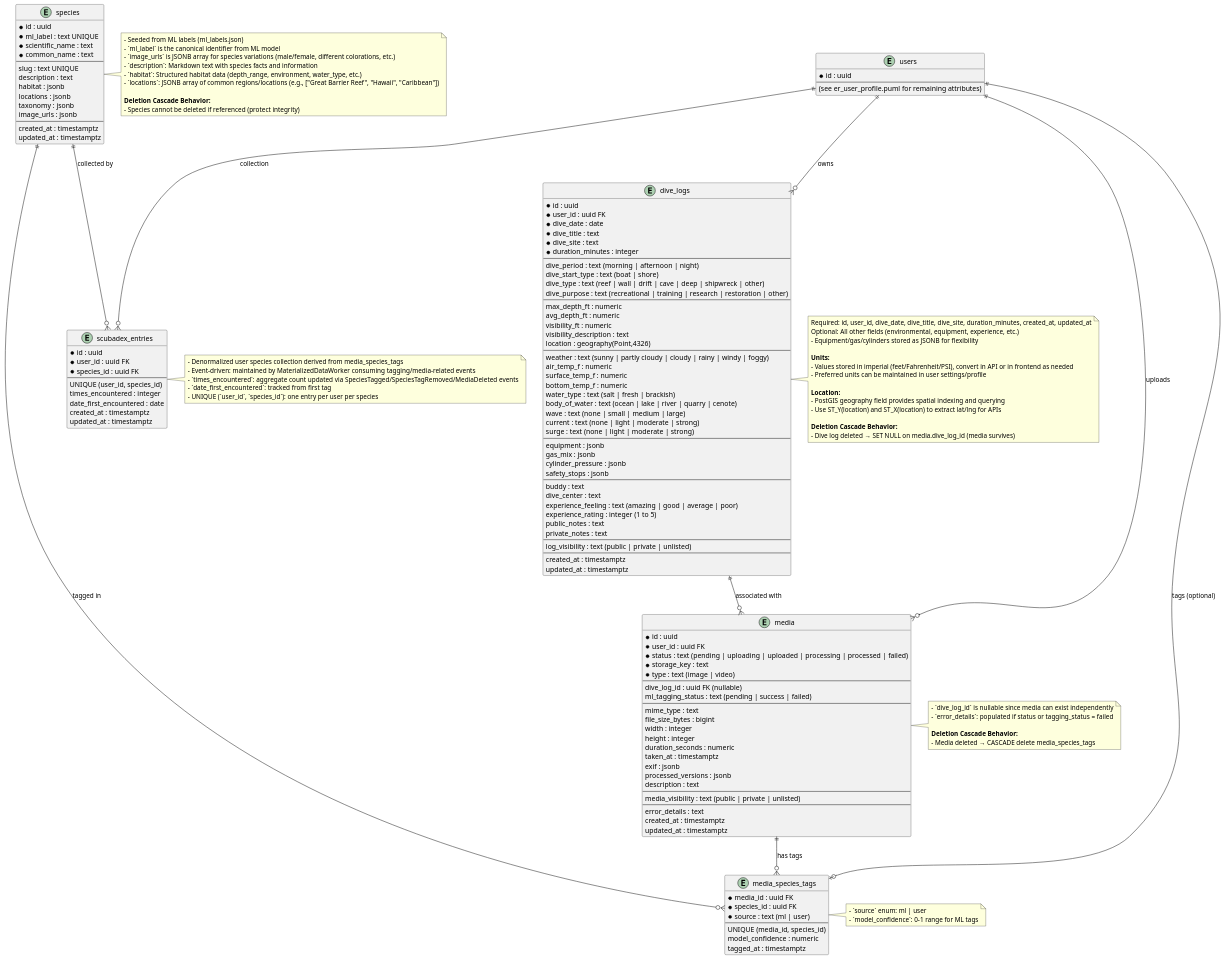
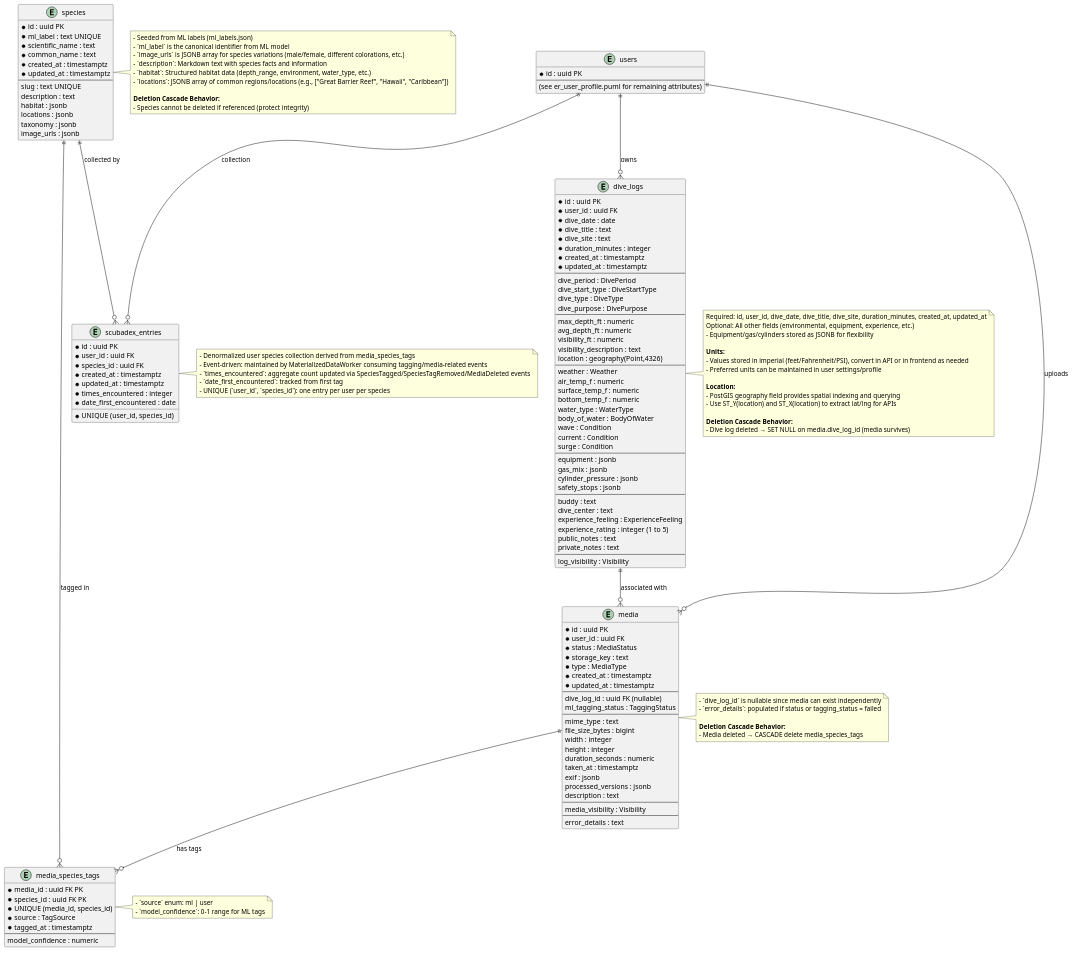
Before and after one commit to MikeF0007/reef-connect: the diagram in designs/db_schema/er_core_data.puml, drawn with PlantUML. The commit also changed 14 other files, not shown here.

First line of the commit message:
Implement complete db schema with SQLAlchemy models

```diff
--- a/designs/db_schema/er_core_data.puml
+++ b/designs/db_schema/er_core_data.puml
@@ -1,196 +1,190 @@
 @startuml
 ' Core Data ER diagram: dive_logs, media, species, tags
 
 entity "users" as users {
-  * id : uuid
+  * id : uuid PK
   --
   (see er_user_profile.puml for remaining attributes)
 }
 
 entity "dive_logs" as dive_logs {
-  * id : uuid
+  * id : uuid PK
   * user_id : uuid FK
   * dive_date : date
   * dive_title : text
   * dive_site : text
   * duration_minutes : integer
+  * created_at : timestamptz
+  * updated_at : timestamptz
   --
   ' Dive Basics
-  dive_period : text (morning | afternoon | night)
-  dive_start_type : text (boat | shore)
-  dive_type : text (reef | wall | drift | cave | deep | shipwreck | other)
-  dive_purpose : text (recreational | training | research | restoration | other)
+  dive_period : DivePeriod
+  dive_start_type : DiveStartType
+  dive_type : DiveType
+  dive_purpose : DivePurpose
   --
   ' Measurements
   max_depth_ft : numeric
   avg_depth_ft : numeric
   visibility_ft : numeric
   visibility_description : text
   location : geography(Point,4326)
   --
   ' Environmental
-  weather : text (sunny | partly cloudy | cloudy | rainy | windy | foggy)
+  weather : Weather
   air_temp_f : numeric
   surface_temp_f : numeric
   bottom_temp_f : numeric
-  water_type : text (salt | fresh | brackish)
-  body_of_water : text (ocean | lake | river | quarry | cenote)
-  wave : text (none | small | medium | large)
-  current : text (none | light | moderate | strong)
-  surge : text (none | light | moderate | strong)
+  water_type : WaterType
+  body_of_water : BodyOfWater
+  wave : Condition
+  current : Condition
+  surge : Condition
   --
   ' Equipment
   equipment : jsonb
   gas_mix : jsonb
   cylinder_pressure : jsonb
   safety_stops : jsonb
   --
   ' People/Experience
   buddy : text
   dive_center : text
-  experience_feeling : text (amazing | good | average | poor)
+  experience_feeling : ExperienceFeeling
   experience_rating : integer (1 to 5)
   public_notes : text
   private_notes : text
   --
   ' Visibility
-  log_visibility : text (public | private | unlisted)
-  --
-  ' Meta
-  created_at : timestamptz
-  updated_at : timestamptz
+  log_visibility : Visibility
 }
 
 entity "media" as media {
-  * id : uuid
+  * id : uuid PK
   * user_id : uuid FK
-  * status : text (pending | uploading | uploaded | processing | processed | failed)
+  * status : MediaStatus
   * storage_key : text
-  * type : text (image | video)
+  * type : MediaType
+  * created_at : timestamptz
+  * updated_at : timestamptz
   --
   ' Associations
   dive_log_id : uuid FK (nullable)
-  ml_tagging_status : text (pending | success | failed)
+  ml_tagging_status : TaggingStatus
   --
   ' Media Details
   mime_type : text
   file_size_bytes : bigint
   width : integer
   height : integer
   duration_seconds : numeric
   taken_at : timestamptz
   exif : jsonb
   processed_versions : jsonb
   description : text
   --
   ' Visibility
-  media_visibility : text (public | private | unlisted)
+  media_visibility : Visibility
   --
   ' Meta
   error_details : text
-  created_at : timestamptz
-  updated_at : timestamptz
 }
 
 entity "species" as species {
-  * id : uuid
+  * id : uuid PK
   * ml_label : text UNIQUE
   * scientific_name : text
   * common_name : text
+  * created_at : timestamptz
+  * updated_at : timestamptz
   --
   ' Species Details
   slug : text UNIQUE
   description : text
   habitat : jsonb
   locations : jsonb
   taxonomy : jsonb
   image_urls : jsonb
-  --
-  ' Meta
-  created_at : timestamptz
-  updated_at : timestamptz
 }
 
 entity "media_species_tags" as tags {
-  * media_id : uuid FK
-  * species_id : uuid FK
-  * source : text (ml | user)
+  * media_id : uuid FK PK
+  * species_id : uuid FK PK
+  * UNIQUE (media_id, species_id)
+  * source : TagSource
+  * tagged_at : timestamptz
   --
-  UNIQUE (media_id, species_id)
   model_confidence : numeric
-  tagged_at : timestamptz
 }
 
 entity "scubadex_entries" as scubadex {
-  * id : uuid
+  * id : uuid PK
   * user_id : uuid FK
   * species_id : uuid FK
-  --
-  UNIQUE (user_id, species_id)
-  times_encountered : integer
-  date_first_encountered : date
-  created_at : timestamptz
-  updated_at : timestamptz
+  * UNIQUE (user_id, species_id)
+  * created_at : timestamptz
+  * updated_at : timestamptz
+  * times_encountered : integer
+  * date_first_encountered : date
 }
 
 ' Relationships
 users ||--o{ dive_logs : "owns"
 users ||--o{ media : "uploads"
 dive_logs ||--o{ media : "associated with"
 media ||--o{ tags : "has tags"
 species ||--o{ tags : "tagged in"
-users ||--o| tags : "tags (optional)"
 users ||--o{ scubadex : "collection"
 species ||--o{ scubadex : "collected by"
 
 note right of dive_logs
   Required: id, user_id, dive_date, dive_title, dive_site, duration_minutes, created_at, updated_at
   Optional: All other fields (environmental, equipment, experience, etc.)
   - Equipment/gas/cylinders stored as JSONB for flexibility
 
   **Units:**
   - Values stored in imperial (feet/Fahrenheit/PSI), convert in API or in frontend as needed
   - Preferred units can be maintained in user settings/profile
 
   **Location:**
   - PostGIS geography field provides spatial indexing and querying
   - Use ST_Y(location) and ST_X(location) to extract lat/lng for APIs
 
   **Deletion Cascade Behavior:**
   - Dive log deleted → SET NULL on media.dive_log_id (media survives)
 end note
 
 note right of media
   - `dive_log_id` is nullable since media can exist independently
   - `error_details`: populated if status or tagging_status = failed
 
   **Deletion Cascade Behavior:**
   - Media deleted → CASCADE delete media_species_tags
 end note
 
 note right of species
   - Seeded from ML labels (ml_labels.json)
   - `ml_label` is the canonical identifier from ML model
   - `image_urls` is JSONB array for species variations (male/female, different colorations, etc.)
   - `description`: Markdown text with species facts and information
   - `habitat`: Structured habitat data (depth_range, environment, water_type, etc.)
   - `locations`: JSONB array of common regions/locations (e.g., ["Great Barrier Reef", "Hawaii", "Caribbean"])
 
   **Deletion Cascade Behavior:**
   - Species cannot be deleted if referenced (protect integrity)
 end note
 
 note right of tags
   - `source` enum: ml | user
   - `model_confidence`: 0-1 range for ML tags
 end note
 
 note right of scubadex
   - Denormalized user species collection derived from media_species_tags
   - Event-driven: maintained by MaterializedDataWorker consuming tagging/media-related events
   - `times_encountered`: aggregate count updated via SpeciesTagged/SpeciesTagRemoved/MediaDeleted events
   - `date_first_encountered`: tracked from first tag
   - UNIQUE (`user_id`, `species_id`): one entry per user per species
 end note
 
 @enduml
```
